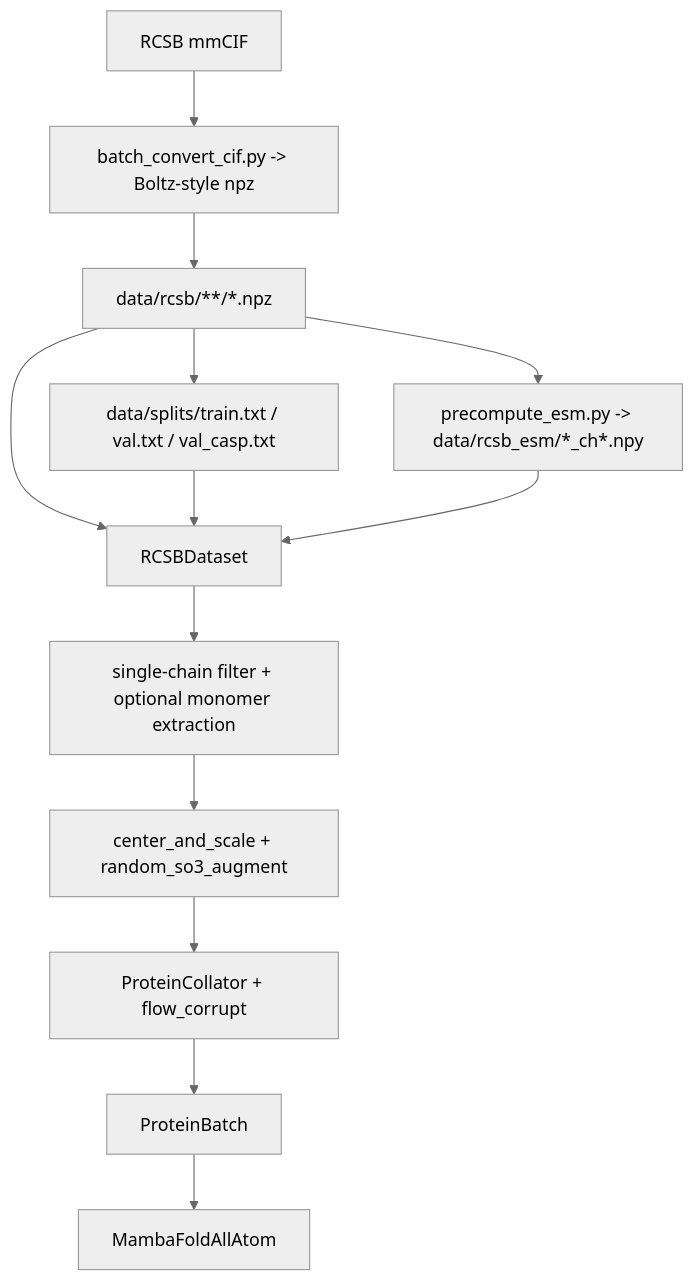
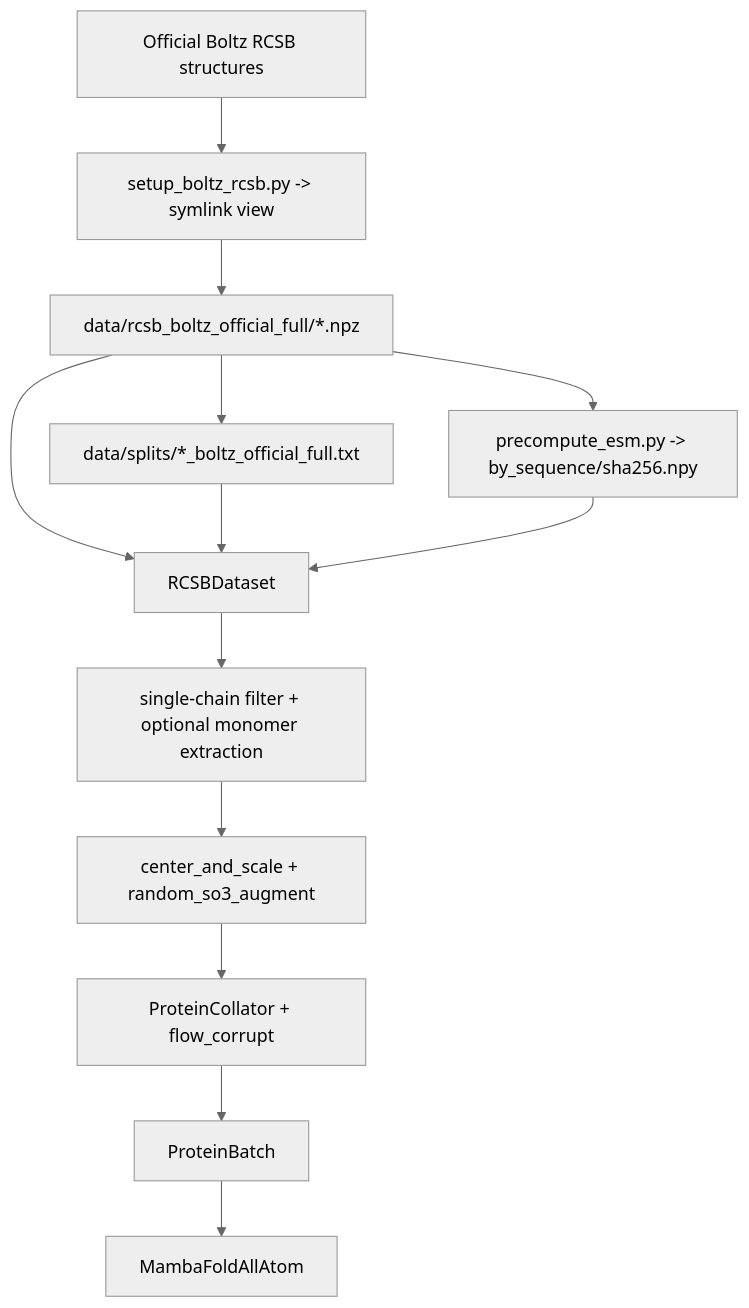
The diagram in docs/data_pipeline.md (eightmm/mambafold), drawn with Mermaid (neutral theme) before and after one commit. The commit also changed other lines of this file and 86 other files, not shown here.

````diff
--- a/docs/data_pipeline.md
+++ b/docs/data_pipeline.md
@@ -8,13 +8,13 @@
 ```mermaid
 flowchart TB
-    R["RCSB mmCIF"] --> C["batch_convert_cif.py -> Boltz-style npz"]
-    C --> N["data/rcsb/**/*.npz"]
-    N --> S["data/splits/train.txt / val.txt / val_casp.txt"]
-    N --> E["precompute_esm.py -> data/rcsb_esm/*_ch*.npy"]
+    R["Official Boltz RCSB structures"] --> C["setup_boltz_rcsb.py -> symlink view"]
+    C --> N["data/rcsb_boltz_official_full/*.npz"]
+    N --> S["data/splits/*_boltz_official_full.txt"]
+    N --> E["precompute_esm.py -> by_sequence/sha256.npy"]
     N & S & E --> D["RCSBDataset"]
     D --> X["single-chain filter + optional monomer extraction"]
     X --> T["center_and_scale + random_so3_augment"]
     T --> P["ProteinCollator + flow_corrupt"]
     P --> B["ProteinBatch"]
     B --> M["MambaFoldAllAtom"]
 ```
````
